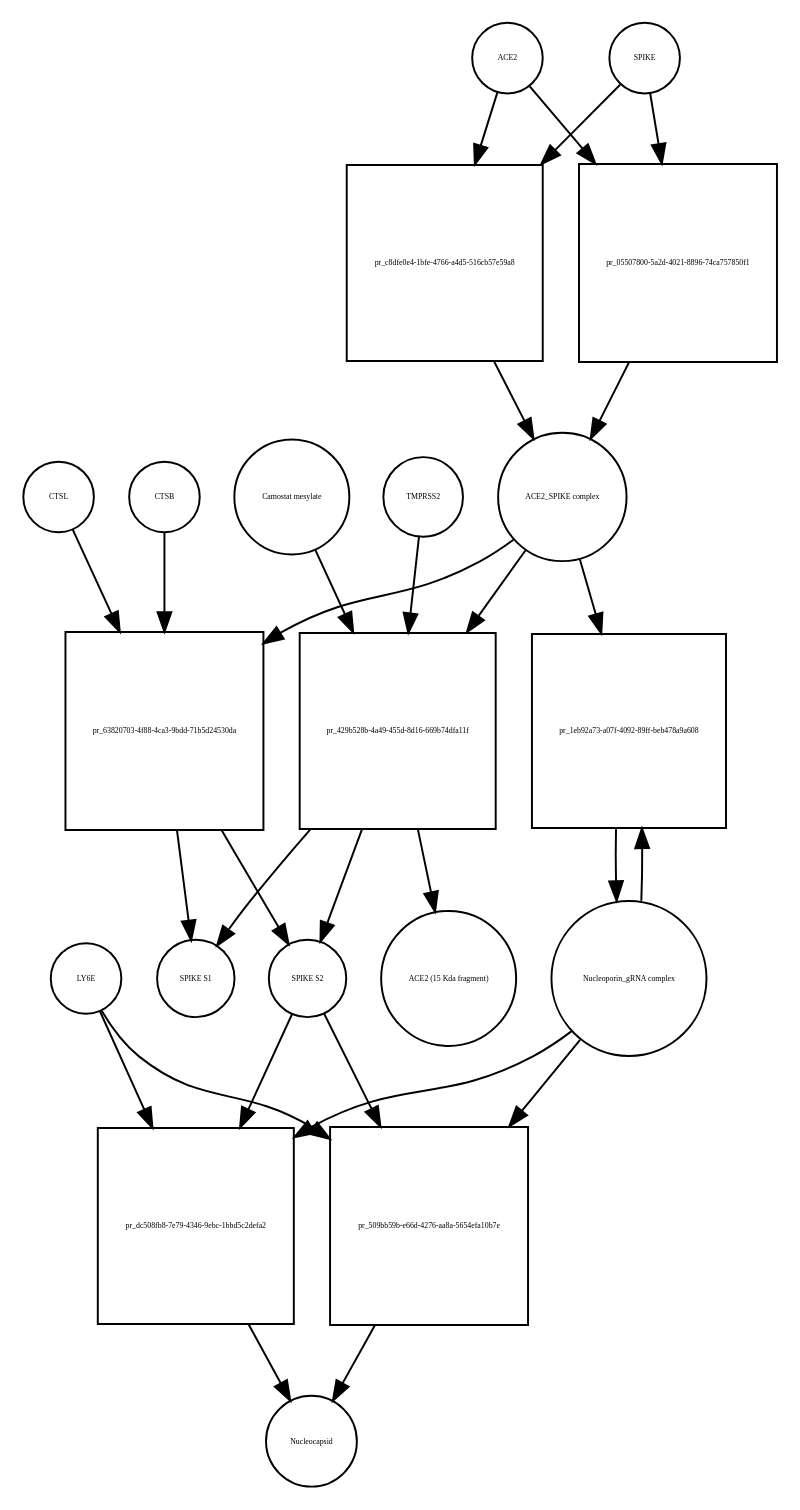
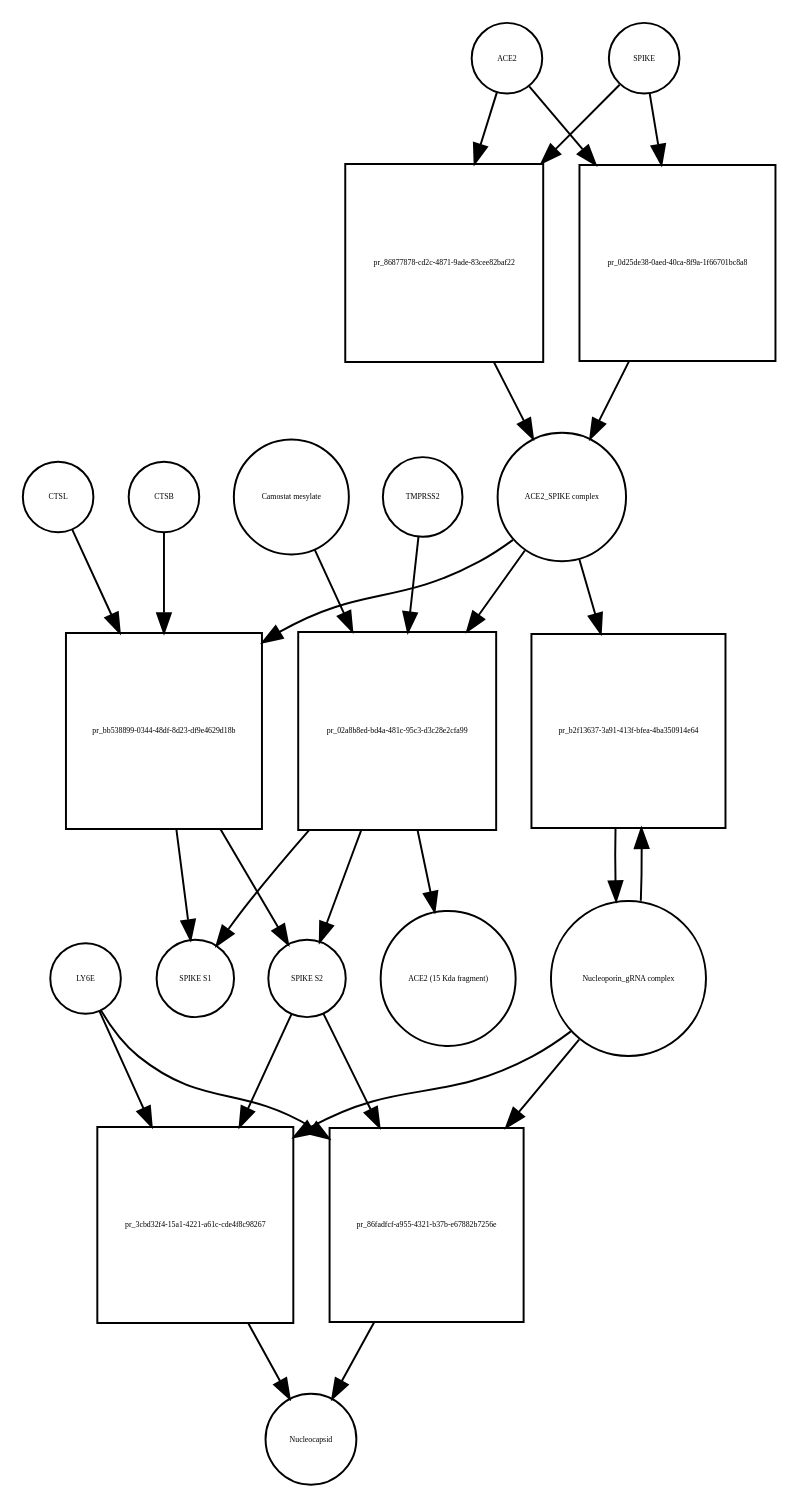
The diagram in Virus_replication_cycle_V01.xml_bipartite.dot (cannin/covid19-sbgn), drawn with Graphviz before and after one commit. The commit also changed 637 other files, not shown here.

```diff
--- a/Virus_replication_cycle_V01.xml_bipartite.dot
+++ b/Virus_replication_cycle_V01.xml_bipartite.dot
@@ -1,50 +1,50 @@
 strict digraph  {
 ACE2 [annotation="", bipartite=0, cls=macromolecule, fontsize=4, label=ACE2, shape=circle];
-"pr_c8dfe0e4-1bfe-4766-a4d5-516cb57e59a8" [annotation="", bipartite=1, cls=process, fontsize=4, label="pr_c8dfe0e4-1bfe-4766-a4d5-516cb57e59a8", shape=square];
+"pr_86877878-cd2c-4871-9ade-83cee82baf22" [annotation="", bipartite=1, cls=process, fontsize=4, label="pr_86877878-cd2c-4871-9ade-83cee82baf22", shape=square];
 "ACE2_SPIKE complex" [annotation="", bipartite=0, cls=complex, fontsize=4, label="ACE2_SPIKE complex", shape=circle];
 SPIKE [annotation="", bipartite=0, cls="macromolecule multimer", fontsize=4, label=SPIKE, shape=circle];
 "Nucleoporin_gRNA complex " [annotation="", bipartite=0, cls=complex, fontsize=4, label="Nucleoporin_gRNA complex ", shape=circle];
-"pr_1eb92a73-a07f-4092-89ff-beb478a9a608" [annotation="", bipartite=1, cls=process, fontsize=4, label="pr_1eb92a73-a07f-4092-89ff-beb478a9a608", shape=square];
-"pr_63820703-4f88-4ca3-9bdd-71b5d24530da" [annotation="", bipartite=1, cls=process, fontsize=4, label="pr_63820703-4f88-4ca3-9bdd-71b5d24530da", shape=square];
+"pr_b2f13637-3a91-413f-bfea-4ba350914e64" [annotation="", bipartite=1, cls=process, fontsize=4, label="pr_b2f13637-3a91-413f-bfea-4ba350914e64", shape=square];
+"pr_bb538899-0344-48df-8d23-df9e4629d18b" [annotation="", bipartite=1, cls=process, fontsize=4, label="pr_bb538899-0344-48df-8d23-df9e4629d18b", shape=square];
 "SPIKE S2" [annotation="", bipartite=0, cls=macromolecule, fontsize=4, label="SPIKE S2", shape=circle];
 CTSB [annotation="", bipartite=0, cls=macromolecule, fontsize=4, label=CTSB, shape=circle];
 CTSL [annotation="", bipartite=0, cls=macromolecule, fontsize=4, label=CTSL, shape=circle];
 "SPIKE S1" [annotation="", bipartite=0, cls=macromolecule, fontsize=4, label="SPIKE S1", shape=circle];
-"pr_dc508fb8-7e79-4346-9ebc-1bbd5c2defa2" [annotation="", bipartite=1, cls=process, fontsize=4, label="pr_dc508fb8-7e79-4346-9ebc-1bbd5c2defa2", shape=square];
+"pr_3cbd32f4-15a1-4221-a61c-cde4f8c98267" [annotation="", bipartite=1, cls=process, fontsize=4, label="pr_3cbd32f4-15a1-4221-a61c-cde4f8c98267", shape=square];
 Nucleocapsid [annotation="", bipartite=0, cls=complex, fontsize=4, label=Nucleocapsid, shape=circle];
 LY6E [annotation="", bipartite=0, cls=macromolecule, fontsize=4, label=LY6E, shape=circle];
-"pr_429b528b-4a49-455d-8d16-669b74dfa11f" [annotation="", bipartite=1, cls=process, fontsize=4, label="pr_429b528b-4a49-455d-8d16-669b74dfa11f", shape=square];
+"pr_02a8b8ed-bd4a-481c-95c3-d3c28e2cfa99" [annotation="", bipartite=1, cls=process, fontsize=4, label="pr_02a8b8ed-bd4a-481c-95c3-d3c28e2cfa99", shape=square];
 TMPRSS2 [annotation="", bipartite=0, cls=macromolecule, fontsize=4, label=TMPRSS2, shape=circle];
 "Camostat mesylate" [annotation="urn_miriam_pubchem.compound_2536", bipartite=0, cls="simple chemical", fontsize=4, label="Camostat mesylate", shape=circle];
 "ACE2 (15 Kda fragment)" [annotation="", bipartite=0, cls=macromolecule, fontsize=4, label="ACE2 (15 Kda fragment)", shape=circle];
-"pr_05507800-5a2d-4021-8896-74ca757850f1" [annotation="", bipartite=1, cls=process, fontsize=4, label="pr_05507800-5a2d-4021-8896-74ca757850f1", shape=square];
-"pr_509bb59b-e66d-4276-aa8a-5654efa10b7e" [annotation="", bipartite=1, cls=process, fontsize=4, label="pr_509bb59b-e66d-4276-aa8a-5654efa10b7e", shape=square];
-ACE2 -> "pr_c8dfe0e4-1bfe-4766-a4d5-516cb57e59a8"  [annotation="", interaction_type=consumption];
-ACE2 -> "pr_05507800-5a2d-4021-8896-74ca757850f1"  [annotation="", interaction_type=consumption];
-"pr_c8dfe0e4-1bfe-4766-a4d5-516cb57e59a8" -> "ACE2_SPIKE complex"  [annotation="", interaction_type=production];
-"ACE2_SPIKE complex" -> "pr_1eb92a73-a07f-4092-89ff-beb478a9a608"  [annotation="urn_miriam_pubmed_32142651|urn_miriam_pubmed_32094589", interaction_type=stimulation];
-"ACE2_SPIKE complex" -> "pr_63820703-4f88-4ca3-9bdd-71b5d24530da"  [annotation="", interaction_type=consumption];
-"ACE2_SPIKE complex" -> "pr_429b528b-4a49-455d-8d16-669b74dfa11f"  [annotation="", interaction_type=consumption];
-SPIKE -> "pr_c8dfe0e4-1bfe-4766-a4d5-516cb57e59a8"  [annotation="", interaction_type=consumption];
-SPIKE -> "pr_05507800-5a2d-4021-8896-74ca757850f1"  [annotation="", interaction_type=consumption];
-"Nucleoporin_gRNA complex " -> "pr_1eb92a73-a07f-4092-89ff-beb478a9a608"  [annotation="", interaction_type=consumption];
-"Nucleoporin_gRNA complex " -> "pr_dc508fb8-7e79-4346-9ebc-1bbd5c2defa2"  [annotation="", interaction_type=consumption];
-"Nucleoporin_gRNA complex " -> "pr_509bb59b-e66d-4276-aa8a-5654efa10b7e"  [annotation="", interaction_type=consumption];
-"pr_1eb92a73-a07f-4092-89ff-beb478a9a608" -> "Nucleoporin_gRNA complex "  [annotation="", interaction_type=production];
-"pr_63820703-4f88-4ca3-9bdd-71b5d24530da" -> "SPIKE S2"  [annotation="", interaction_type=production];
-"pr_63820703-4f88-4ca3-9bdd-71b5d24530da" -> "SPIKE S1"  [annotation="", interaction_type=production];
-"SPIKE S2" -> "pr_dc508fb8-7e79-4346-9ebc-1bbd5c2defa2"  [annotation="urn_miriam_doi_10.1101%2F2020.03.05.979260|urn_miriam_pubmed_32142651|urn_miriam_pubmed_32094589", interaction_type=stimulation];
-"SPIKE S2" -> "pr_509bb59b-e66d-4276-aa8a-5654efa10b7e"  [annotation="urn_miriam_doi_10.1101%2F2020.03.05.979260", interaction_type=stimulation];
-CTSB -> "pr_63820703-4f88-4ca3-9bdd-71b5d24530da"  [annotation=urn_miriam_pubmed_32142651, interaction_type=catalysis];
-CTSL -> "pr_63820703-4f88-4ca3-9bdd-71b5d24530da"  [annotation=urn_miriam_pubmed_32142651, interaction_type=catalysis];
-"pr_dc508fb8-7e79-4346-9ebc-1bbd5c2defa2" -> Nucleocapsid  [annotation="", interaction_type=production];
-LY6E -> "pr_dc508fb8-7e79-4346-9ebc-1bbd5c2defa2"  [annotation="urn_miriam_doi_10.1101%2F2020.03.05.979260|urn_miriam_pubmed_32142651|urn_miriam_pubmed_32094589", interaction_type=inhibition];
-LY6E -> "pr_509bb59b-e66d-4276-aa8a-5654efa10b7e"  [annotation="urn_miriam_doi_10.1101%2F2020.03.05.979260", interaction_type=inhibition];
-"pr_429b528b-4a49-455d-8d16-669b74dfa11f" -> "SPIKE S2"  [annotation="", interaction_type=production];
-"pr_429b528b-4a49-455d-8d16-669b74dfa11f" -> "SPIKE S1"  [annotation="", interaction_type=production];
-"pr_429b528b-4a49-455d-8d16-669b74dfa11f" -> "ACE2 (15 Kda fragment)"  [annotation="", interaction_type=production];
-TMPRSS2 -> "pr_429b528b-4a49-455d-8d16-669b74dfa11f"  [annotation="urn_miriam_pubmed_32142651|urn_miriam_pubmed_32094589|urn_miriam_pubmed_24227843", interaction_type=catalysis];
-"Camostat mesylate" -> "pr_429b528b-4a49-455d-8d16-669b74dfa11f"  [annotation="urn_miriam_pubmed_32142651|urn_miriam_pubmed_32094589|urn_miriam_pubmed_24227843", interaction_type=inhibition];
-"pr_05507800-5a2d-4021-8896-74ca757850f1" -> "ACE2_SPIKE complex"  [annotation="", interaction_type=production];
-"pr_509bb59b-e66d-4276-aa8a-5654efa10b7e" -> Nucleocapsid  [annotation="", interaction_type=production];
+"pr_0d25de38-0aed-40ca-8f9a-1f66701bc8a8" [annotation="", bipartite=1, cls=process, fontsize=4, label="pr_0d25de38-0aed-40ca-8f9a-1f66701bc8a8", shape=square];
+"pr_86fadfcf-a955-4321-b37b-e67882b7256e" [annotation="", bipartite=1, cls=process, fontsize=4, label="pr_86fadfcf-a955-4321-b37b-e67882b7256e", shape=square];
+ACE2 -> "pr_86877878-cd2c-4871-9ade-83cee82baf22"  [annotation="", interaction_type=consumption];
+ACE2 -> "pr_0d25de38-0aed-40ca-8f9a-1f66701bc8a8"  [annotation="", interaction_type=consumption];
+"pr_86877878-cd2c-4871-9ade-83cee82baf22" -> "ACE2_SPIKE complex"  [annotation="", interaction_type=production];
+"ACE2_SPIKE complex" -> "pr_b2f13637-3a91-413f-bfea-4ba350914e64"  [annotation="urn_miriam_pubmed_32142651|urn_miriam_pubmed_32094589", interaction_type=stimulation];
+"ACE2_SPIKE complex" -> "pr_bb538899-0344-48df-8d23-df9e4629d18b"  [annotation="", interaction_type=consumption];
+"ACE2_SPIKE complex" -> "pr_02a8b8ed-bd4a-481c-95c3-d3c28e2cfa99"  [annotation="", interaction_type=consumption];
+SPIKE -> "pr_86877878-cd2c-4871-9ade-83cee82baf22"  [annotation="", interaction_type=consumption];
+SPIKE -> "pr_0d25de38-0aed-40ca-8f9a-1f66701bc8a8"  [annotation="", interaction_type=consumption];
+"Nucleoporin_gRNA complex " -> "pr_b2f13637-3a91-413f-bfea-4ba350914e64"  [annotation="", interaction_type=consumption];
+"Nucleoporin_gRNA complex " -> "pr_3cbd32f4-15a1-4221-a61c-cde4f8c98267"  [annotation="", interaction_type=consumption];
+"Nucleoporin_gRNA complex " -> "pr_86fadfcf-a955-4321-b37b-e67882b7256e"  [annotation="", interaction_type=consumption];
+"pr_b2f13637-3a91-413f-bfea-4ba350914e64" -> "Nucleoporin_gRNA complex "  [annotation="", interaction_type=production];
+"pr_bb538899-0344-48df-8d23-df9e4629d18b" -> "SPIKE S2"  [annotation="", interaction_type=production];
+"pr_bb538899-0344-48df-8d23-df9e4629d18b" -> "SPIKE S1"  [annotation="", interaction_type=production];
+"SPIKE S2" -> "pr_3cbd32f4-15a1-4221-a61c-cde4f8c98267"  [annotation="urn_miriam_doi_10.1101%2F2020.03.05.979260|urn_miriam_pubmed_32142651|urn_miriam_pubmed_32094589", interaction_type=stimulation];
+"SPIKE S2" -> "pr_86fadfcf-a955-4321-b37b-e67882b7256e"  [annotation="urn_miriam_doi_10.1101%2F2020.03.05.979260", interaction_type=stimulation];
+CTSB -> "pr_bb538899-0344-48df-8d23-df9e4629d18b"  [annotation=urn_miriam_pubmed_32142651, interaction_type=catalysis];
+CTSL -> "pr_bb538899-0344-48df-8d23-df9e4629d18b"  [annotation=urn_miriam_pubmed_32142651, interaction_type=catalysis];
+"pr_3cbd32f4-15a1-4221-a61c-cde4f8c98267" -> Nucleocapsid  [annotation="", interaction_type=production];
+LY6E -> "pr_3cbd32f4-15a1-4221-a61c-cde4f8c98267"  [annotation="urn_miriam_doi_10.1101%2F2020.03.05.979260|urn_miriam_pubmed_32142651|urn_miriam_pubmed_32094589", interaction_type=inhibition];
+LY6E -> "pr_86fadfcf-a955-4321-b37b-e67882b7256e"  [annotation="urn_miriam_doi_10.1101%2F2020.03.05.979260", interaction_type=inhibition];
+"pr_02a8b8ed-bd4a-481c-95c3-d3c28e2cfa99" -> "SPIKE S2"  [annotation="", interaction_type=production];
+"pr_02a8b8ed-bd4a-481c-95c3-d3c28e2cfa99" -> "SPIKE S1"  [annotation="", interaction_type=production];
+"pr_02a8b8ed-bd4a-481c-95c3-d3c28e2cfa99" -> "ACE2 (15 Kda fragment)"  [annotation="", interaction_type=production];
+TMPRSS2 -> "pr_02a8b8ed-bd4a-481c-95c3-d3c28e2cfa99"  [annotation="urn_miriam_pubmed_32142651|urn_miriam_pubmed_32094589|urn_miriam_pubmed_24227843", interaction_type=catalysis];
+"Camostat mesylate" -> "pr_02a8b8ed-bd4a-481c-95c3-d3c28e2cfa99"  [annotation="urn_miriam_pubmed_32142651|urn_miriam_pubmed_32094589|urn_miriam_pubmed_24227843", interaction_type=inhibition];
+"pr_0d25de38-0aed-40ca-8f9a-1f66701bc8a8" -> "ACE2_SPIKE complex"  [annotation="", interaction_type=production];
+"pr_86fadfcf-a955-4321-b37b-e67882b7256e" -> Nucleocapsid  [annotation="", interaction_type=production];
 }
```
